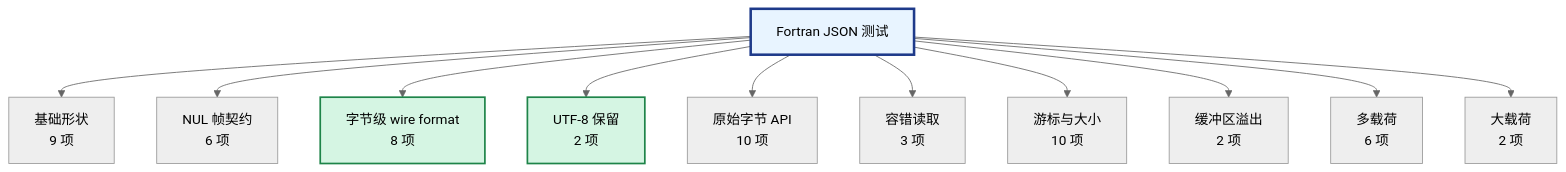
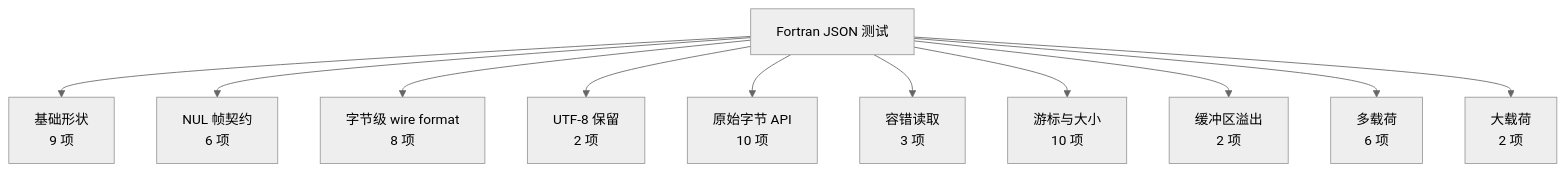
Diagram 16 of 19 in fortran/README.md (PassByYou888/LingoFuse), drawn with Mermaid (neutral theme) before and after one commit. The commit also changed other lines of this file and 16 other files, not shown here.

````diff
--- a/fortran/README.md
+++ b/fortran/README.md
@@ -878,17 +1611,13 @@
 ```mermaid
 flowchart TD
     J["Fortran JSON 测试"] --> C1["基础形状<br/>9 项"]
     J --> C2["NUL 帧契约<br/>6 项"]
     J --> C3["字节级 wire format<br/>8 项"]
     J --> C4["UTF-8 保留<br/>2 项"]
     J --> C5["原始字节 API<br/>10 项"]
     J --> C6["容错读取<br/>3 项"]
     J --> C7["游标与大小<br/>10 项"]
     J --> C8["缓冲区溢出<br/>2 项"]
     J --> C9["多载荷<br/>6 项"]
     J --> C10["大载荷<br/>2 项"]
-
-    style J fill:#E8F4FF,stroke:#1E3A8A,stroke-width:3px
-    style C3 fill:#D5F5E3,stroke:#1E8449,stroke-width:2px
-    style C4 fill:#D5F5E3,stroke:#1E8449,stroke-width:2px
 ```
````
